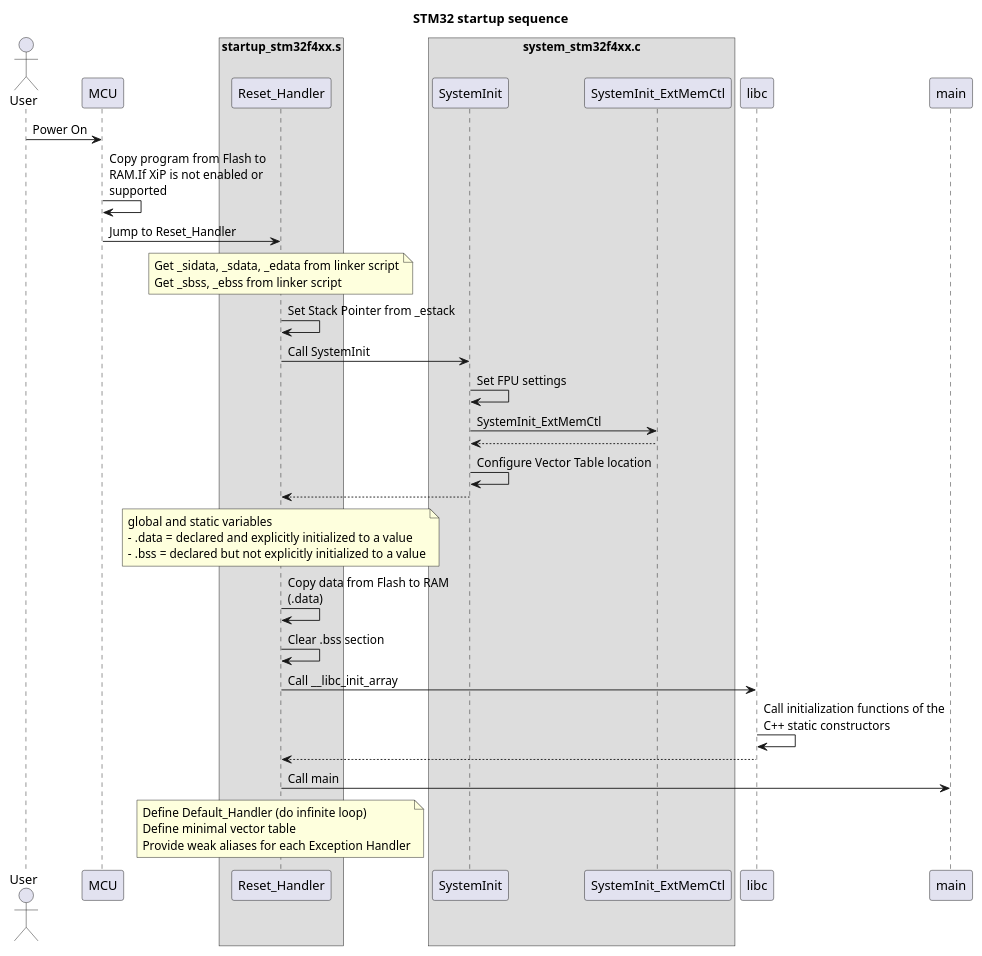
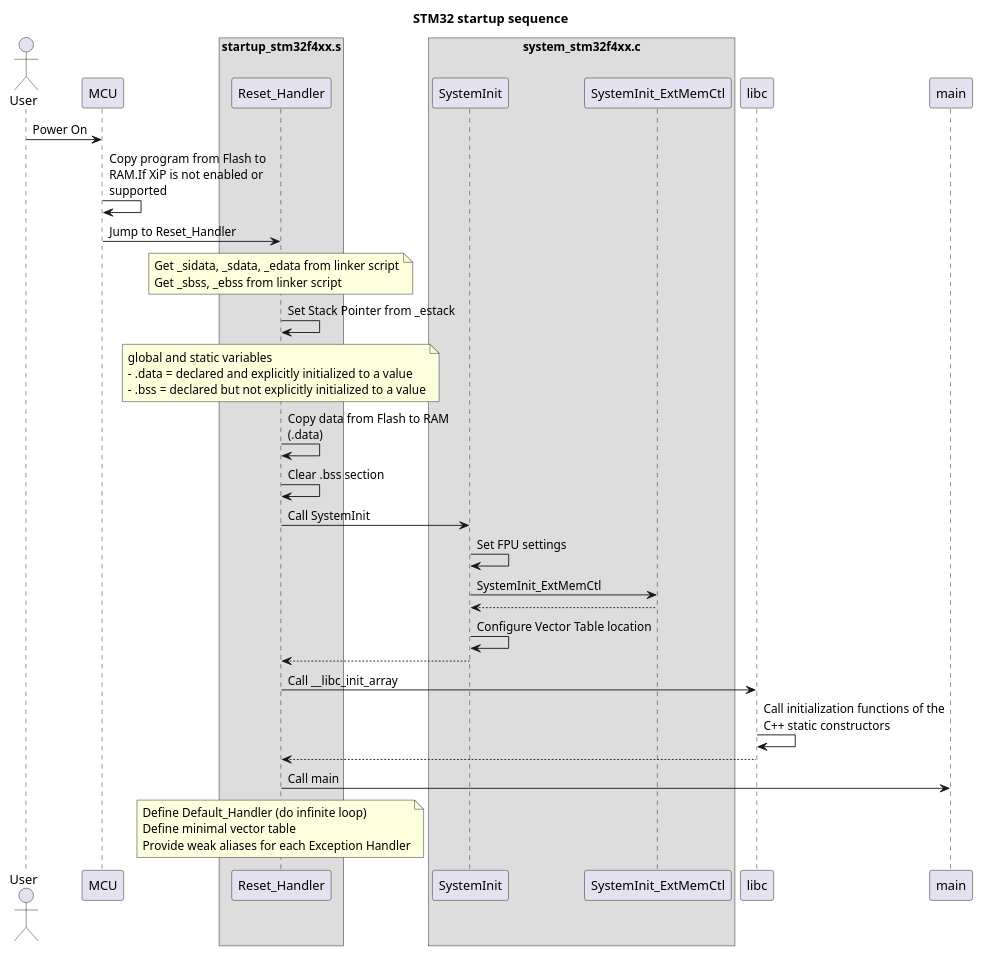
The diagram in blinky_cmake/doc/startup_stm32.plantuml (nboutin/stm32f_disco_blinky), drawn with PlantUML before and after one commit. The commit also changed 5 other files, not shown here.

```diff
--- a/blinky_cmake/doc/startup_stm32.plantuml
+++ b/blinky_cmake/doc/startup_stm32.plantuml
@@ -1,53 +1,57 @@
 @startuml "stm32 startup sequence"
 title STM32 startup sequence
 
 skinparam MaxMessageSize 200
 ' hide footbox
 hide unlinked
 
 actor "User" as user
 participant "MCU" as mcu
 box "startup_stm32f4xx.s"
 participant "Reset_Handler" as RH
 end box
 box "system_stm32f4xx.c"
 participant "SystemInit" as SI
 participant "SystemInit_ExtMemCtl" as SI_ExMem
 end box
 participant "libc" as libc
 participant "main" as main
 
 user -> mcu: Power On
 mcu -> mcu: Copy program from Flash to RAM.If XiP is not enabled or supported
 mcu -> RH: Jump to Reset_Handler
 note over RH
 Get _sidata, _sdata, _edata from linker script
 Get _sbss, _ebss from linker script
 end note
 
 RH -> RH: Set Stack Pointer from _estack
-RH -> SI: Call SystemInit
-SI -> SI: Set FPU settings
-SI -> SI_ExMem: SystemInit_ExtMemCtl
-return
-SI -> SI: Configure Vector Table location
-RH <-- SI
+
 note over RH
 global and static variables
 - .data = declared and explicitly initialized to a value
 - .bss = declared but not explicitly initialized to a value
 end note
 RH -> RH: Copy data from Flash to RAM (.data)
 RH -> RH: Clear .bss section
+
+RH -> SI: Call SystemInit
+SI -> SI: Set FPU settings
+SI -> SI_ExMem: SystemInit_ExtMemCtl
+return
+SI -> SI: Configure Vector Table location
+RH <-- SI
+
 RH -> libc: Call __libc_init_array
 libc -> libc: Call initialization functions of the C++ static constructors
 RH <-- libc
+
 RH -> main: Call main
 
 note over of RH
 Define Default_Handler (do infinite loop)
 Define minimal vector table
 Provide weak aliases for each Exception Handler
 end note
 
 @enduml
```
